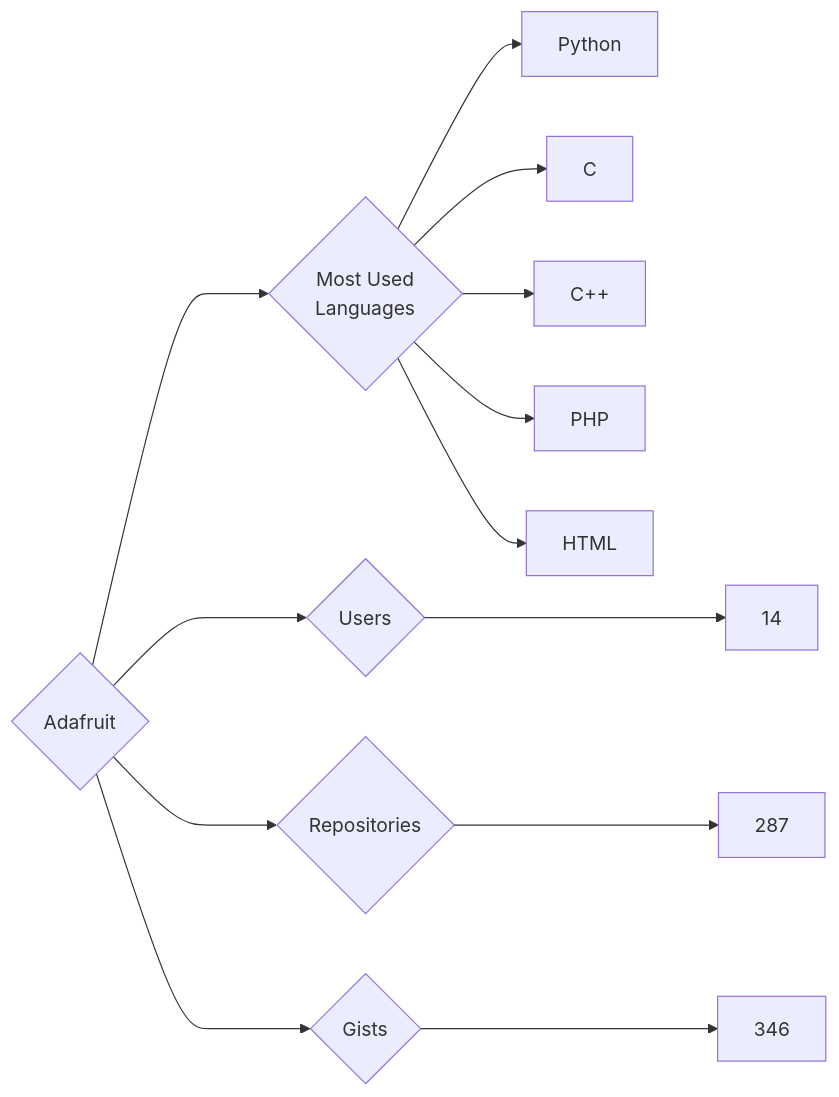
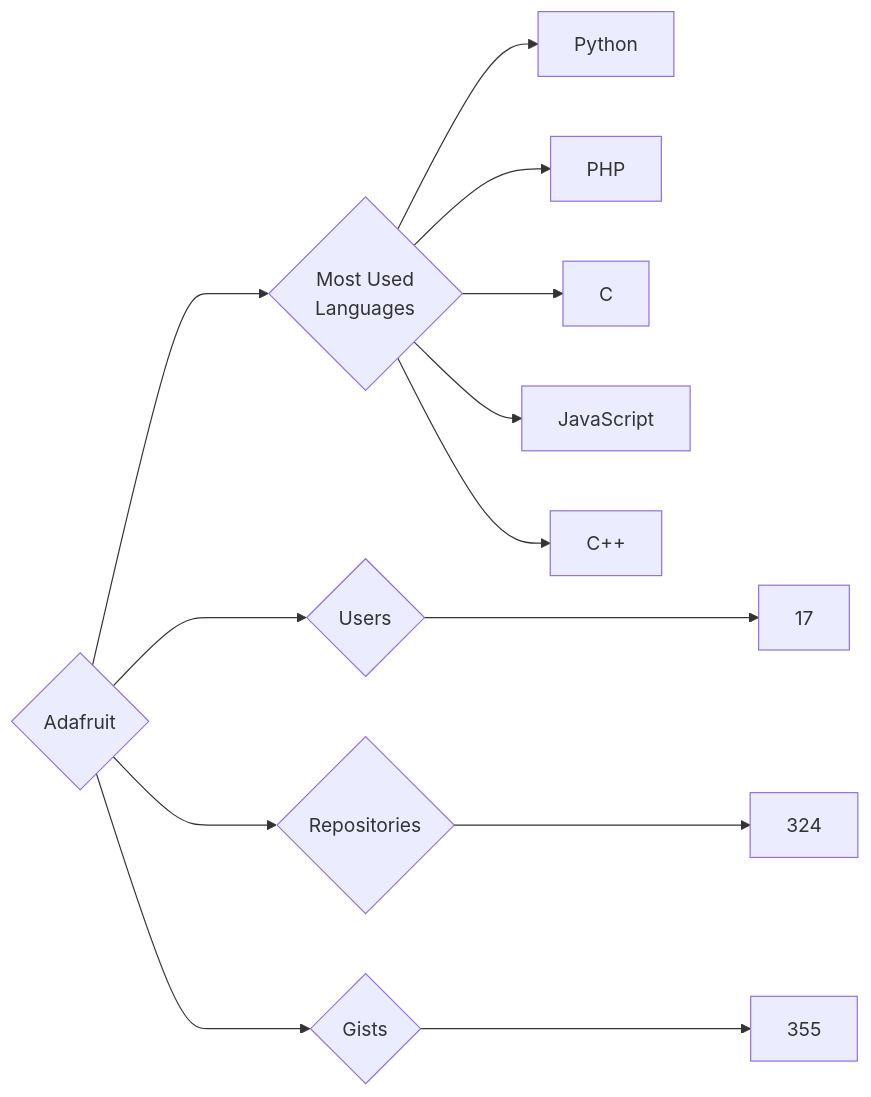
The diagram in targets/Adafruit/README.md (trickest/insiders), drawn with Mermaid before and after one commit. The commit also changed 826 other files, not shown here.

````diff
--- a/targets/Adafruit/README.md
+++ b/targets/Adafruit/README.md
@@ -3,13 +3,13 @@
 ```mermaid
 graph LR
 COMPANY_NAME{Adafruit}
-COMPANY_NAME ---> U{Users} ---> UN[14]
-COMPANY_NAME ---> R{Repositories} ---> RN[287]
-COMPANY_NAME ---> G{Gists} ---> GN[346]
+COMPANY_NAME ---> U{Users} ---> UN[17]
+COMPANY_NAME ---> R{Repositories} ---> RN[324]
+COMPANY_NAME ---> G{Gists} ---> GN[355]
 COMPANY_NAME ---> ML{Most Used<br>Languages}
 ML --> Python[Python]
+ML --> PHP[PHP]
 ML --> C[C]
+ML --> JavaScript[JavaScript]
 ML --> C++[C++]
-ML --> PHP[PHP]
-ML --> HTML[HTML]
 ```
````
